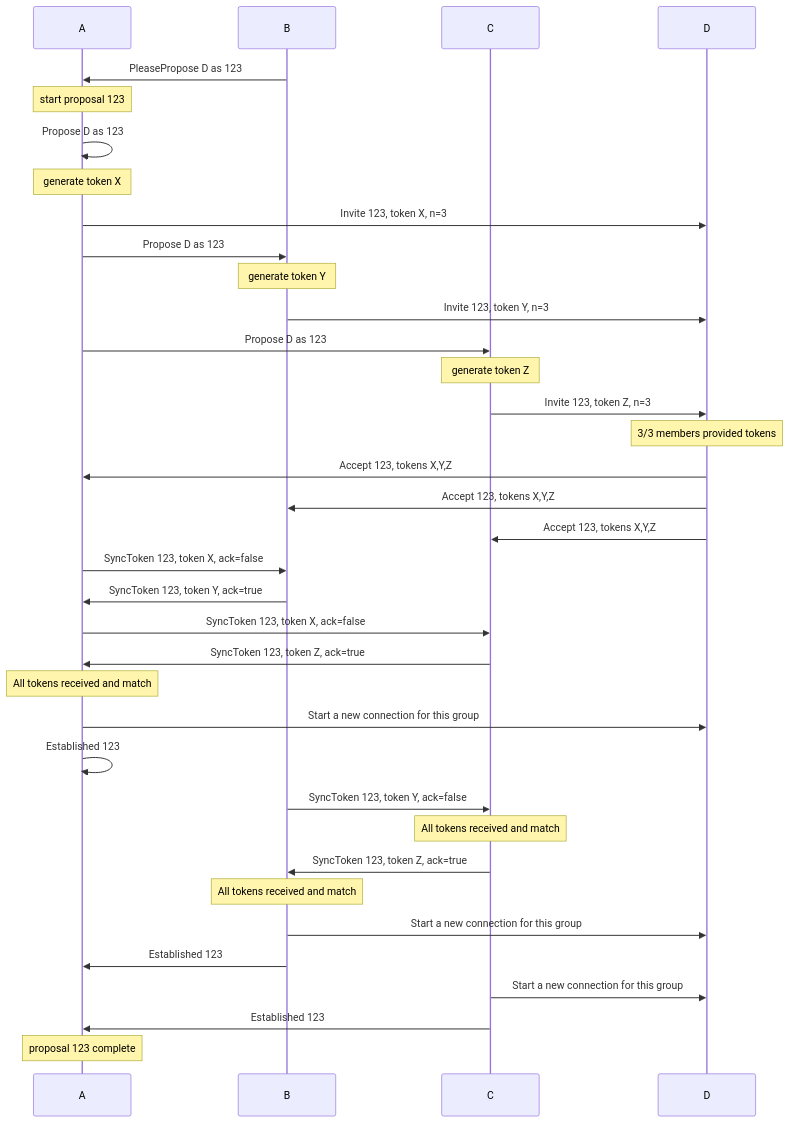
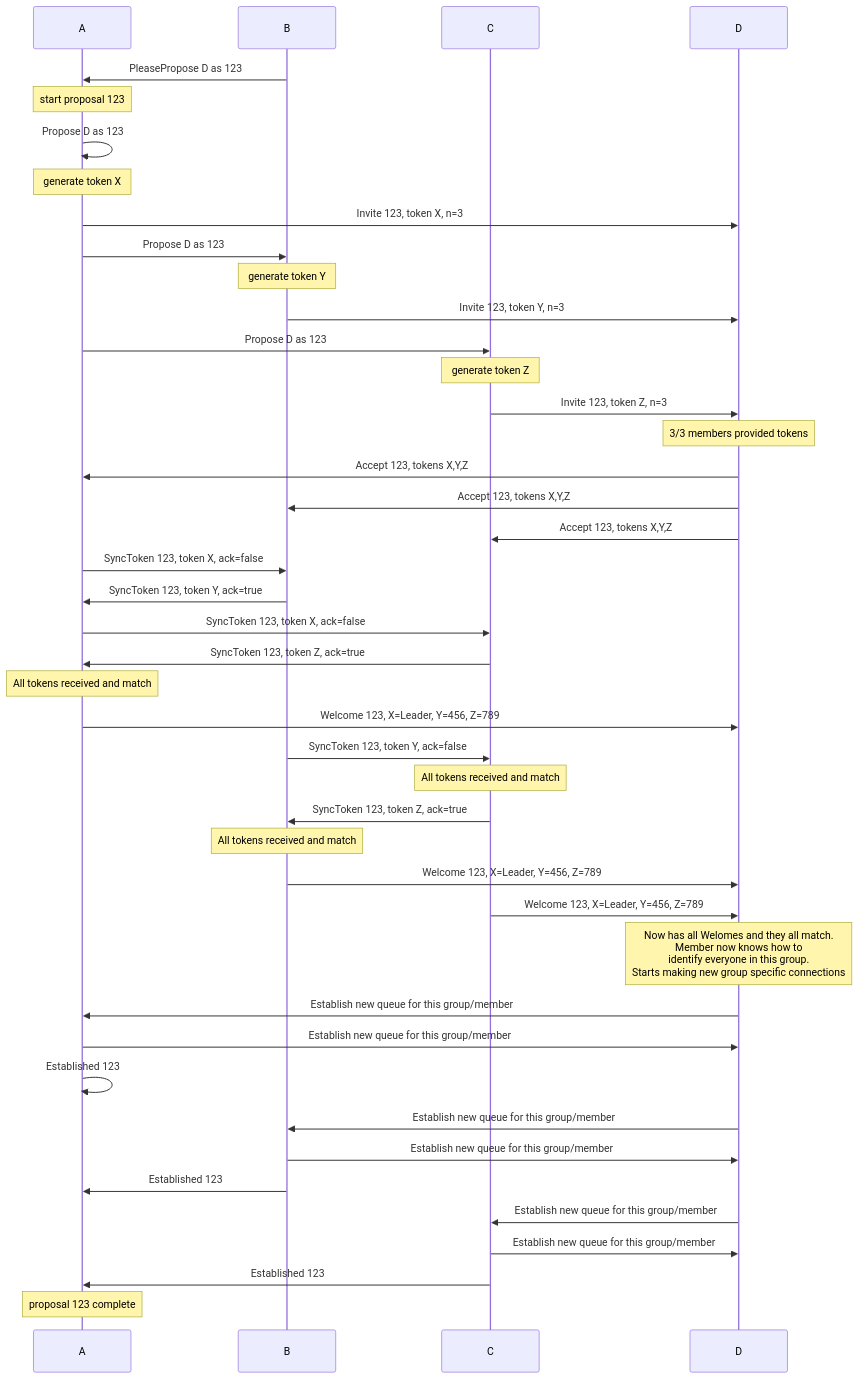
The first of 5 diagrams in rfcs/2022-06-11-private-groups.md (simplex-chat/simplexmq), drawn with Mermaid before and after one commit. The commit also changed other lines of this file, not shown here.

Commit message:
Model the Welcome message in sequence diagrams.

````diff
--- a/rfcs/2022-06-11-private-groups.md
+++ b/rfcs/2022-06-11-private-groups.md
@@ -136,38 +136,45 @@
 ```mermaid
 sequenceDiagram
     participant A
     participant B
     participant C
     participant D
     B->>A: PleasePropose D as 123
     note over A: start proposal 123
     A->>A: Propose D as 123
     note over A: generate token X
     A->>D: Invite 123, token X, n=3
     A->>B: Propose D as 123
     note over B: generate token Y
     B->>D: Invite 123, token Y, n=3
     A->>C: Propose D as 123
     note over C: generate token Z
     C->>D: Invite 123, token Z, n=3
     note over D: 3/3 members provided tokens
     D->>A: Accept 123, tokens X,Y,Z
     D->>B: Accept 123, tokens X,Y,Z
     D->>C: Accept 123, tokens X,Y,Z
     A->>B: SyncToken 123, token X, ack=false
     B->>A: SyncToken 123, token Y, ack=true
     A->>C: SyncToken 123, token X, ack=false
     C->>A: SyncToken 123, token Z, ack=true
     note over A: All tokens received and match
-    A->>D: Start a new connection for this group
-    A->>A: Established 123
+    A->>D: Welcome 123, X=Leader, Y=456, Z=789
     B->>C: SyncToken 123, token Y, ack=false
     note over C: All tokens received and match
     C->>B: SyncToken 123, token Z, ack=true
     note over B: All tokens received and match
-    B->>D: Start a new connection for this group
+    B->>D: Welcome 123, X=Leader, Y=456, Z=789
+    C->>D: Welcome 123, X=Leader, Y=456, Z=789
+    note over D: Now has all Welomes and they all match.<br>Member now knows how to<br>identify everyone in this group.<br>Starts making new group specific connections
+    D->>A: Establish new queue for this group/member
+    A->>D: Establish new queue for this group/member
+    A->>A: Established 123
+    D->>B: Establish new queue for this group/member
+    B->>D: Establish new queue for this group/member
     B->>A: Established 123
-    C->>D: Start a new connection for this group
+    D->>C: Establish new queue for this group/member
+    C->>D: Establish new queue for this group/member
     C->>A: Established 123
     note over A: proposal 123 complete
 ```
````
